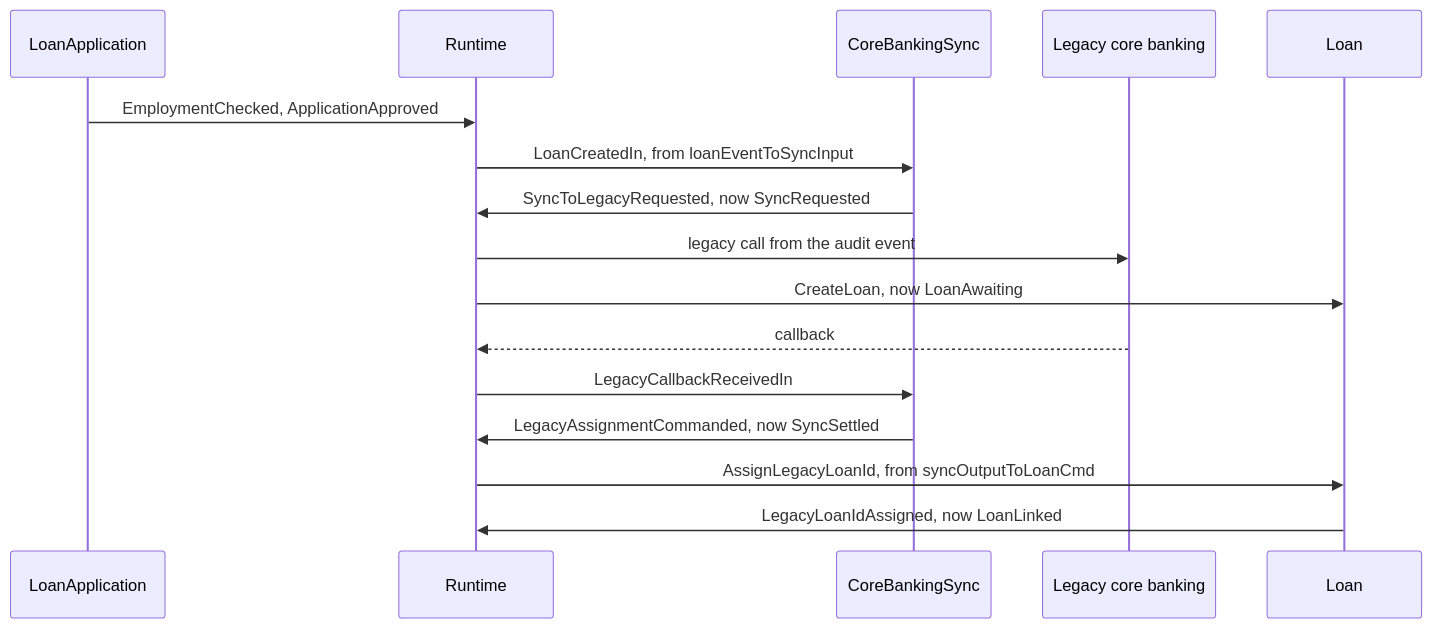
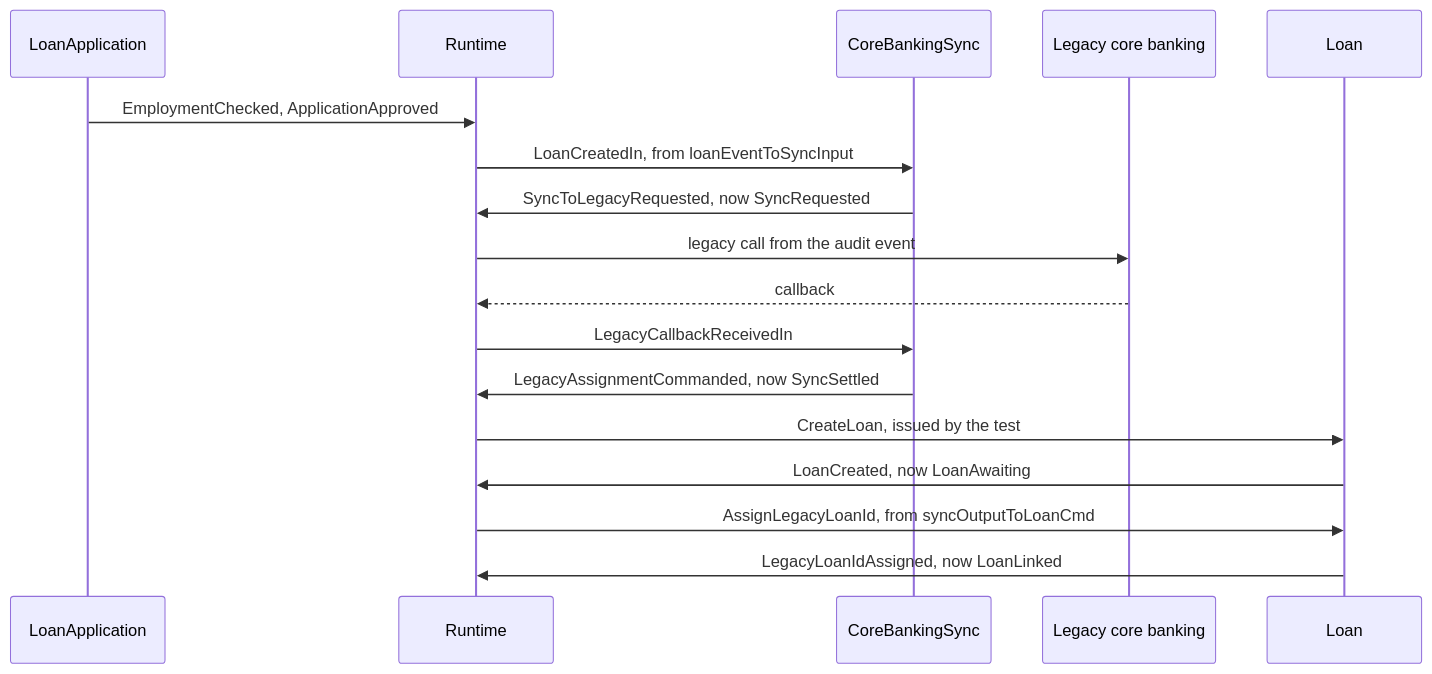
One commit to shinzui/keiro-runtime-docs changed the second of 2 diagrams in content/docs/keiki/walkthrough/composition/11-cross-context-process-tour.mdx. Above: the diagram before and after it, drawn with Mermaid. The commit also changed other lines of this file and 95 other files, not shown here.

````diff
--- a/content/docs/keiki/walkthrough/composition/11-cross-context-process-tour.mdx
+++ b/content/docs/keiki/walkthrough/composition/11-cross-context-process-tour.mdx
@@ -213,18 +214,19 @@
 ```mermaid
 sequenceDiagram
   participant App as LoanApplication
   participant RT as Runtime
   participant Sync as CoreBankingSync
   participant Legacy as Legacy core banking
   participant Loan as Loan
   App->>RT: EmploymentChecked, ApplicationApproved
   RT->>Sync: LoanCreatedIn, from loanEventToSyncInput
   Sync->>RT: SyncToLegacyRequested, now SyncRequested
   RT->>Legacy: legacy call from the audit event
-  RT->>Loan: CreateLoan, now LoanAwaiting
   Legacy-->>RT: callback
   RT->>Sync: LegacyCallbackReceivedIn
   Sync->>RT: LegacyAssignmentCommanded, now SyncSettled
+  RT->>Loan: CreateLoan, issued by the test
+  Loan->>RT: LoanCreated, now LoanAwaiting
   RT->>Loan: AssignLegacyLoanId, from syncOutputToLoanCmd
   Loan->>RT: LegacyLoanIdAssigned, now LoanLinked
 ```
````
